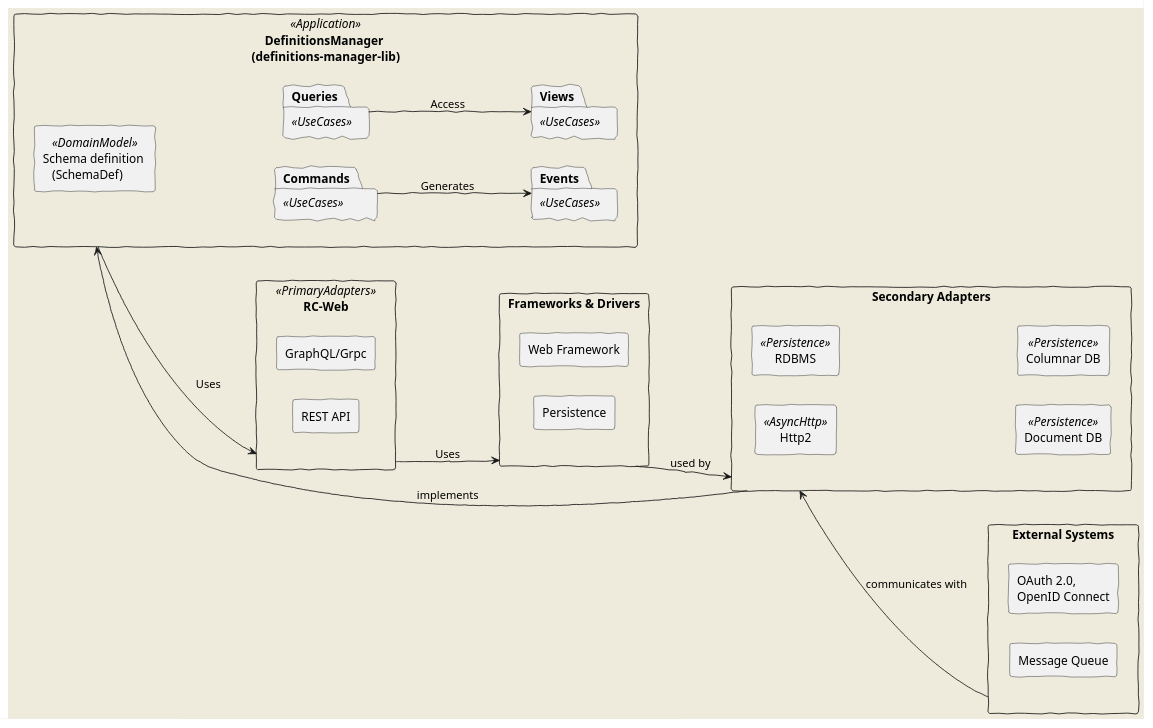
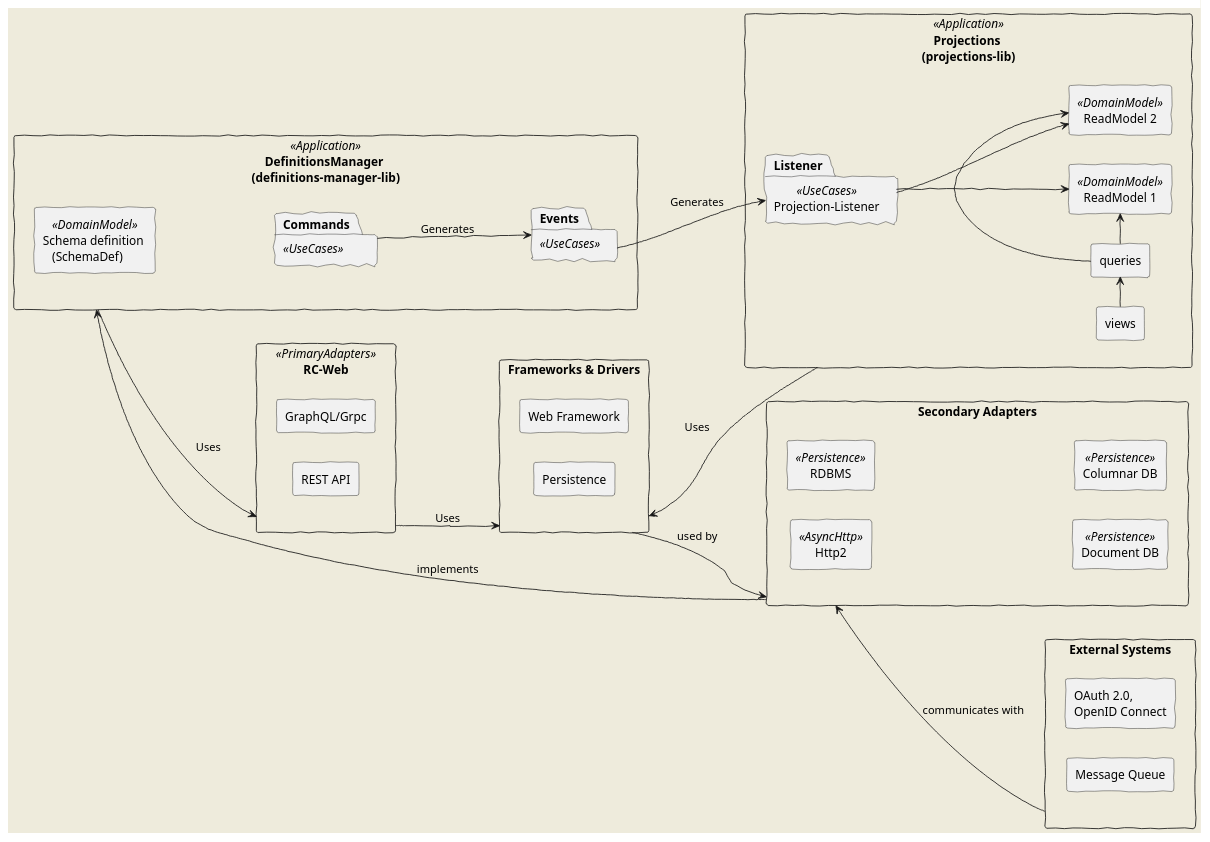
Before and after one commit to gmkumar2005/daksha-rc-core: the first of 2 diagrams in Writerside/topics/High-Level-Design.md, drawn with PlantUML. The commit also changed other lines of this file and 7 other files, not shown here.

````diff
--- a/Writerside/topics/High-Level-Design.md
+++ b/Writerside/topics/High-Level-Design.md
@@ -12,57 +10,68 @@
 ```plantuml
 @startuml
 skinparam backgroundColor #EEEBDC
 skinparam handwritten true
 skinparam componentPadding 1
 skinparam componentSpacing 1
 'top to bottom direction
 left to right direction
 
 rectangle "DefinitionsManager \n(definitions-manager-lib)" as Application <<Application>>{
 
   rectangle "Schema definition \n   (SchemaDef)" as SchemaDef <<DomainModel>>
   package "Commands" <<UseCases>>{
 }
   package "Events" <<UseCases>>{
   }
-  package "Queries" <<UseCases>>{
-  }
-  package "Views" <<UseCases>>{
-  }
   Commands -d->Events : "Generates"
-  Queries -d->Views : "Access"
-  SchemaDef -d[HIDDEN]-> Queries : "Generates"
   SchemaDef -d[HIDDEN]-> Commands : "Generates"
 }
 
+rectangle "Projections \n(projections-lib)" as Projections <<Application>>{
+
+  rectangle "ReadModel 1" as ReadModel1 <<DomainModel>>
+  rectangle "ReadModel 2" as ReadModel2 <<DomainModel>>
+ 
+  package "Projection-Listener" as Listener <<UseCases>>{
+  }
+  rectangle queries 
+  rectangle views 
+  Listener -d-> ReadModel1
+  Listener -d-> ReadModel2
+  Events -d->Listener : "Generates"
+  queries -> ReadModel1
+  queries -> ReadModel2
+  views -> queries
+}
 rectangle "RC-Web" as PrimaryAdapters <<PrimaryAdapters>> {
   rectangle "GraphQL/Grpc" as GraphQL
   rectangle "REST API" as RestAPI
 }
 
 rectangle "Secondary Adapters" as SecondaryAdapters {
   rectangle "Http2"  <<AsyncHttp>>
   rectangle "RDBMS"  <<Persistence>>
   rectangle "Document DB"  <<Persistence>>
   rectangle "Columnar DB"  <<Persistence>>
 }
 
 rectangle "Frameworks & Drivers" as FrameworksAndDrivers {
   rectangle "Web Framework" as WebFramework
   rectangle "Persistence" as DatabaseORM
 }
 
 rectangle "External Systems" as ExternalSystems {
   rectangle "OAuth 2.0, \nOpenID Connect" as ThirdPartyService
   rectangle "Message Queue" as MessageQueue
 }
 
 Application --> PrimaryAdapters : "Uses"
 PrimaryAdapters --> FrameworksAndDrivers : "Uses"
+Projections --> FrameworksAndDrivers : "Uses"
 SecondaryAdapters --> Application : "implements"
 FrameworksAndDrivers -d-> SecondaryAdapters : "used by"
 ExternalSystems  -u-> SecondaryAdapters : "communicates with"
 
 @enduml
 
 ```
````
